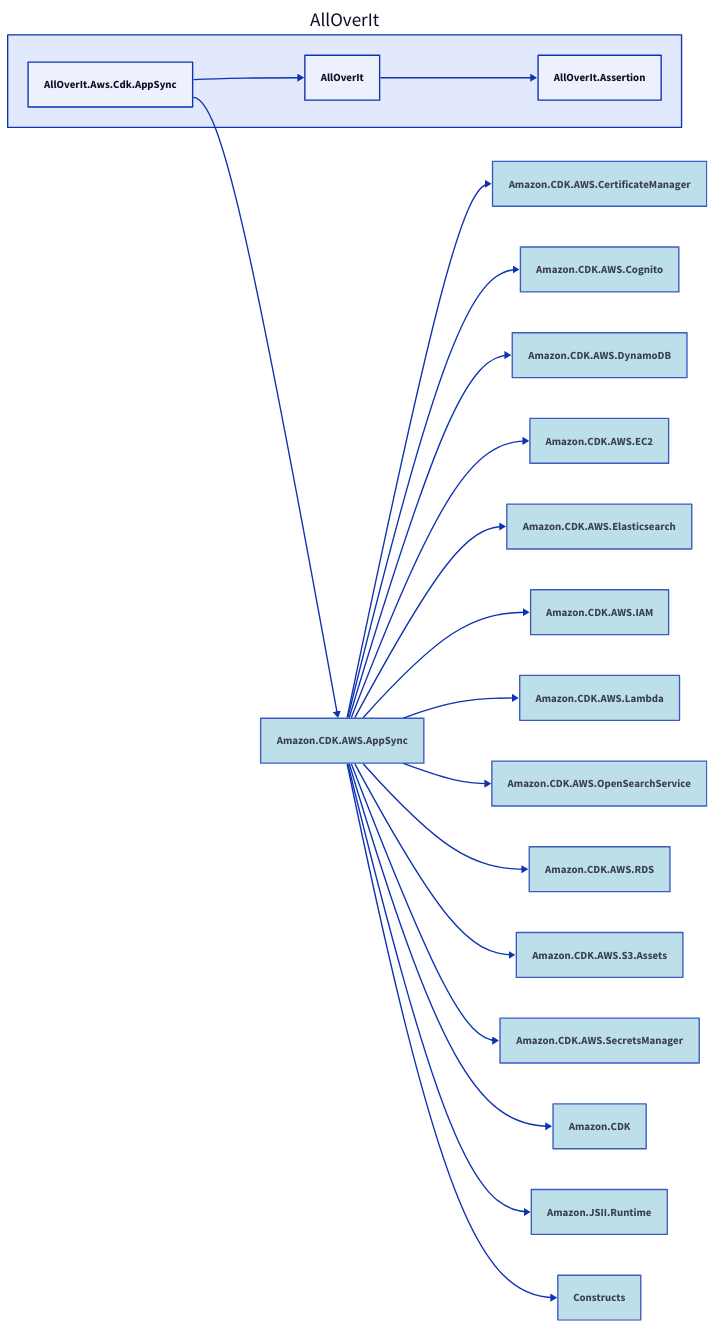
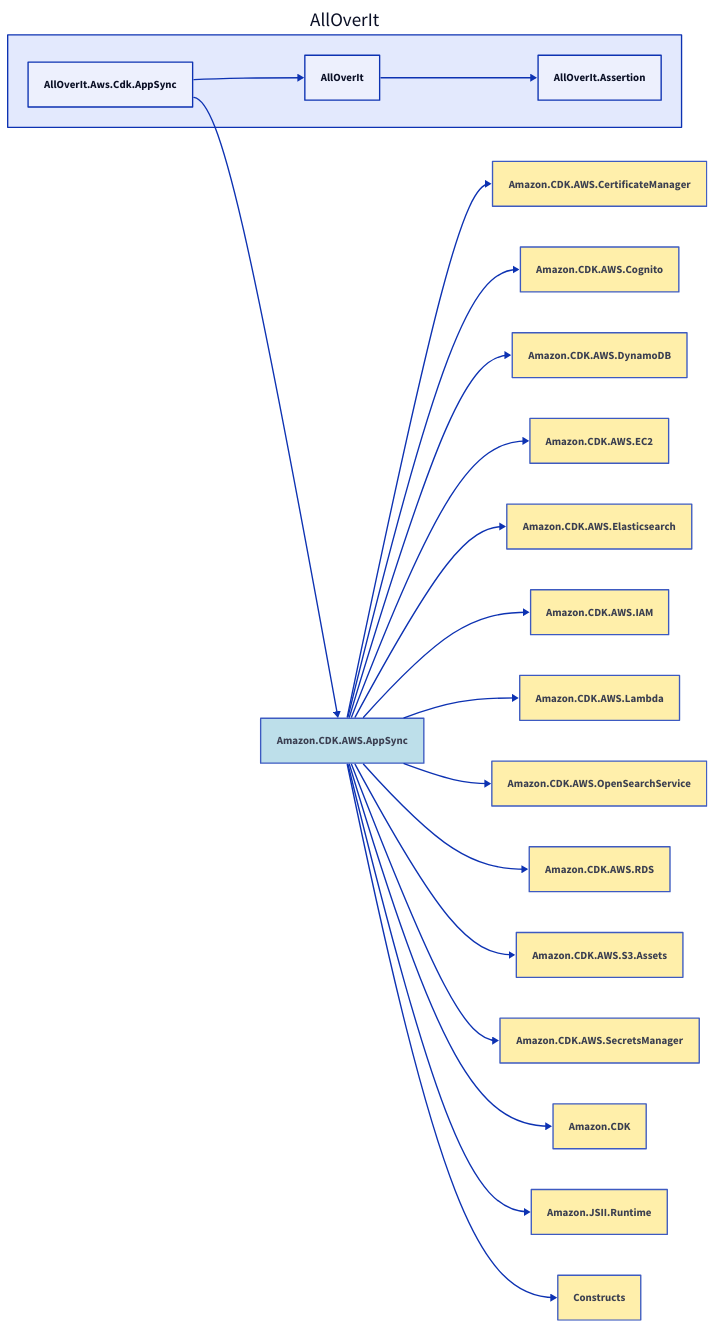
The diagram in Docs/Dependencies/alloverit-aws-cdk-appsync.d2 (nickathone/AllOverIt), drawn with D2 before and after one commit. The commit also changed 71 other files, not shown here.

Commit message:
Dependency diagram updates

```diff
--- a/Docs/Dependencies/alloverit-aws-cdk-appsync.d2
+++ b/Docs/Dependencies/alloverit-aws-cdk-appsync.d2
@@ -1,69 +1,68 @@
 direction: right
 
 aoi: AllOverIt
 aoi.alloverit-aws-cdk-appsync: AllOverIt.Aws.Cdk.AppSync
+amazon-cdk-aws-appsync: Amazon.CDK.AWS.AppSync
+amazon-cdk-aws-appsync.style.fill: "#ADD8E6"
+amazon-cdk-aws-appsync.style.opacity: 0.8
+amazon-cdk-aws-certificatemanager: Amazon.CDK.AWS.CertificateManager
+amazon-cdk-aws-certificatemanager.style.fill: "#FFEC96"
+amazon-cdk-aws-certificatemanager.style.opacity: 0.8
+amazon-cdk-aws-certificatemanager <- amazon-cdk-aws-appsync
+amazon-cdk-aws-cognito: Amazon.CDK.AWS.Cognito
+amazon-cdk-aws-cognito.style.fill: "#FFEC96"
+amazon-cdk-aws-cognito.style.opacity: 0.8
+amazon-cdk-aws-cognito <- amazon-cdk-aws-appsync
+amazon-cdk-aws-dynamodb: Amazon.CDK.AWS.DynamoDB
+amazon-cdk-aws-dynamodb.style.fill: "#FFEC96"
+amazon-cdk-aws-dynamodb.style.opacity: 0.8
+amazon-cdk-aws-dynamodb <- amazon-cdk-aws-appsync
+amazon-cdk-aws-ec2: Amazon.CDK.AWS.EC2
+amazon-cdk-aws-ec2.style.fill: "#FFEC96"
+amazon-cdk-aws-ec2.style.opacity: 0.8
+amazon-cdk-aws-ec2 <- amazon-cdk-aws-appsync
+amazon-cdk-aws-elasticsearch: Amazon.CDK.AWS.Elasticsearch
+amazon-cdk-aws-elasticsearch.style.fill: "#FFEC96"
+amazon-cdk-aws-elasticsearch.style.opacity: 0.8
+amazon-cdk-aws-elasticsearch <- amazon-cdk-aws-appsync
+amazon-cdk-aws-iam: Amazon.CDK.AWS.IAM
+amazon-cdk-aws-iam.style.fill: "#FFEC96"
+amazon-cdk-aws-iam.style.opacity: 0.8
+amazon-cdk-aws-iam <- amazon-cdk-aws-appsync
+amazon-cdk-aws-lambda: Amazon.CDK.AWS.Lambda
+amazon-cdk-aws-lambda.style.fill: "#FFEC96"
+amazon-cdk-aws-lambda.style.opacity: 0.8
+amazon-cdk-aws-lambda <- amazon-cdk-aws-appsync
+amazon-cdk-aws-opensearchservice: Amazon.CDK.AWS.OpenSearchService
+amazon-cdk-aws-opensearchservice.style.fill: "#FFEC96"
+amazon-cdk-aws-opensearchservice.style.opacity: 0.8
+amazon-cdk-aws-opensearchservice <- amazon-cdk-aws-appsync
+amazon-cdk-aws-rds: Amazon.CDK.AWS.RDS
+amazon-cdk-aws-rds.style.fill: "#FFEC96"
+amazon-cdk-aws-rds.style.opacity: 0.8
+amazon-cdk-aws-rds <- amazon-cdk-aws-appsync
+amazon-cdk-aws-s3-assets: Amazon.CDK.AWS.S3.Assets
+amazon-cdk-aws-s3-assets.style.fill: "#FFEC96"
+amazon-cdk-aws-s3-assets.style.opacity: 0.8
+amazon-cdk-aws-s3-assets <- amazon-cdk-aws-appsync
+amazon-cdk-aws-secretsmanager: Amazon.CDK.AWS.SecretsManager
+amazon-cdk-aws-secretsmanager.style.fill: "#FFEC96"
+amazon-cdk-aws-secretsmanager.style.opacity: 0.8
+amazon-cdk-aws-secretsmanager <- amazon-cdk-aws-appsync
+amazon-cdk: Amazon.CDK
+amazon-cdk.style.fill: "#FFEC96"
+amazon-cdk.style.opacity: 0.8
+amazon-cdk <- amazon-cdk-aws-appsync
+amazon-jsii-runtime: Amazon.JSII.Runtime
+amazon-jsii-runtime.style.fill: "#FFEC96"
+amazon-jsii-runtime.style.opacity: 0.8
+amazon-jsii-runtime <- amazon-cdk-aws-appsync
+constructs: Constructs
+constructs.style.fill: "#FFEC96"
+constructs.style.opacity: 0.8
+constructs <- amazon-cdk-aws-appsync
+amazon-cdk-aws-appsync <- aoi.alloverit-aws-cdk-appsync
 aoi.alloverit: AllOverIt
 aoi.alloverit-assertion: AllOverIt.Assertion
-amazon-cdk-aws-appsync: Amazon.CDK.AWS.AppSync
-amazon-cdk-aws-appsync.style.fill: lightblue
-amazon-cdk-aws-appsync.style.opacity: 0.8
-amazon-cdk-aws-certificatemanager: Amazon.CDK.AWS.CertificateManager
-amazon-cdk-aws-certificatemanager.style.fill: lightblue
-amazon-cdk-aws-certificatemanager.style.opacity: 0.8
-amazon-cdk-aws-cognito: Amazon.CDK.AWS.Cognito
-amazon-cdk-aws-cognito.style.fill: lightblue
-amazon-cdk-aws-cognito.style.opacity: 0.8
-amazon-cdk-aws-dynamodb: Amazon.CDK.AWS.DynamoDB
-amazon-cdk-aws-dynamodb.style.fill: lightblue
-amazon-cdk-aws-dynamodb.style.opacity: 0.8
-amazon-cdk-aws-ec2: Amazon.CDK.AWS.EC2
-amazon-cdk-aws-ec2.style.fill: lightblue
-amazon-cdk-aws-ec2.style.opacity: 0.8
-amazon-cdk-aws-elasticsearch: Amazon.CDK.AWS.Elasticsearch
-amazon-cdk-aws-elasticsearch.style.fill: lightblue
-amazon-cdk-aws-elasticsearch.style.opacity: 0.8
-amazon-cdk-aws-iam: Amazon.CDK.AWS.IAM
-amazon-cdk-aws-iam.style.fill: lightblue
-amazon-cdk-aws-iam.style.opacity: 0.8
-amazon-cdk-aws-lambda: Amazon.CDK.AWS.Lambda
-amazon-cdk-aws-lambda.style.fill: lightblue
-amazon-cdk-aws-lambda.style.opacity: 0.8
-amazon-cdk-aws-opensearchservice: Amazon.CDK.AWS.OpenSearchService
-amazon-cdk-aws-opensearchservice.style.fill: lightblue
-amazon-cdk-aws-opensearchservice.style.opacity: 0.8
-amazon-cdk-aws-rds: Amazon.CDK.AWS.RDS
-amazon-cdk-aws-rds.style.fill: lightblue
-amazon-cdk-aws-rds.style.opacity: 0.8
-amazon-cdk-aws-s3-assets: Amazon.CDK.AWS.S3.Assets
-amazon-cdk-aws-s3-assets.style.fill: lightblue
-amazon-cdk-aws-s3-assets.style.opacity: 0.8
-amazon-cdk-aws-secretsmanager: Amazon.CDK.AWS.SecretsManager
-amazon-cdk-aws-secretsmanager.style.fill: lightblue
-amazon-cdk-aws-secretsmanager.style.opacity: 0.8
-amazon-cdk: Amazon.CDK
-amazon-cdk.style.fill: lightblue
-amazon-cdk.style.opacity: 0.8
-amazon-jsii-runtime: Amazon.JSII.Runtime
-amazon-jsii-runtime.style.fill: lightblue
-amazon-jsii-runtime.style.opacity: 0.8
-constructs: Constructs
-constructs.style.fill: lightblue
-constructs.style.opacity: 0.8
-
+aoi.alloverit-assertion <- aoi.alloverit
 aoi.alloverit <- aoi.alloverit-aws-cdk-appsync
-aoi.alloverit-assertion <- aoi.alloverit
-amazon-cdk-aws-appsync <- aoi.alloverit-aws-cdk-appsync
-amazon-cdk-aws-certificatemanager <- amazon-cdk-aws-appsync
-amazon-cdk-aws-cognito <- amazon-cdk-aws-appsync
-amazon-cdk-aws-dynamodb <- amazon-cdk-aws-appsync
-amazon-cdk-aws-ec2 <- amazon-cdk-aws-appsync
-amazon-cdk-aws-elasticsearch <- amazon-cdk-aws-appsync
-amazon-cdk-aws-iam <- amazon-cdk-aws-appsync
-amazon-cdk-aws-lambda <- amazon-cdk-aws-appsync
-amazon-cdk-aws-opensearchservice <- amazon-cdk-aws-appsync
-amazon-cdk-aws-rds <- amazon-cdk-aws-appsync
-amazon-cdk-aws-s3-assets <- amazon-cdk-aws-appsync
-amazon-cdk-aws-secretsmanager <- amazon-cdk-aws-appsync
-amazon-cdk <- amazon-cdk-aws-appsync
-amazon-jsii-runtime <- amazon-cdk-aws-appsync
-constructs <- amazon-cdk-aws-appsync
```
